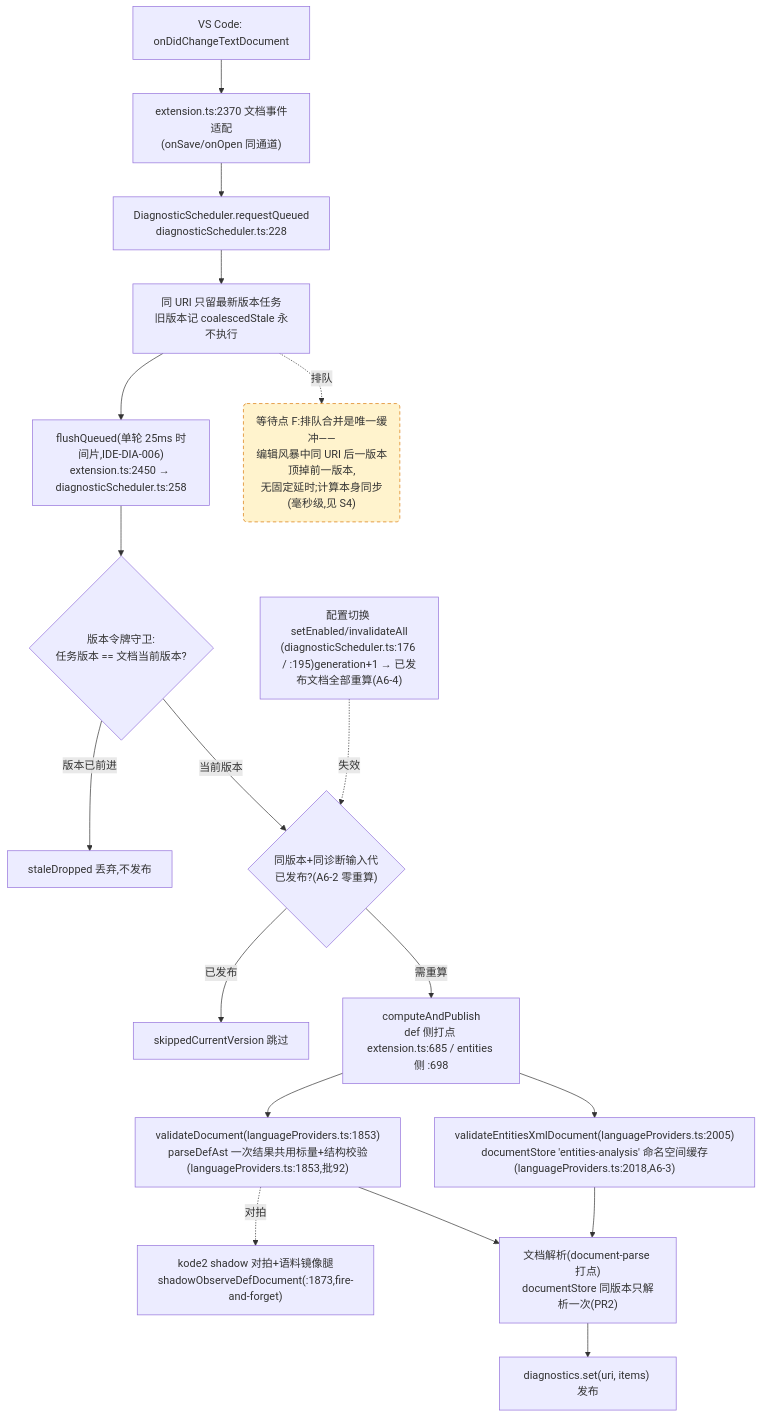
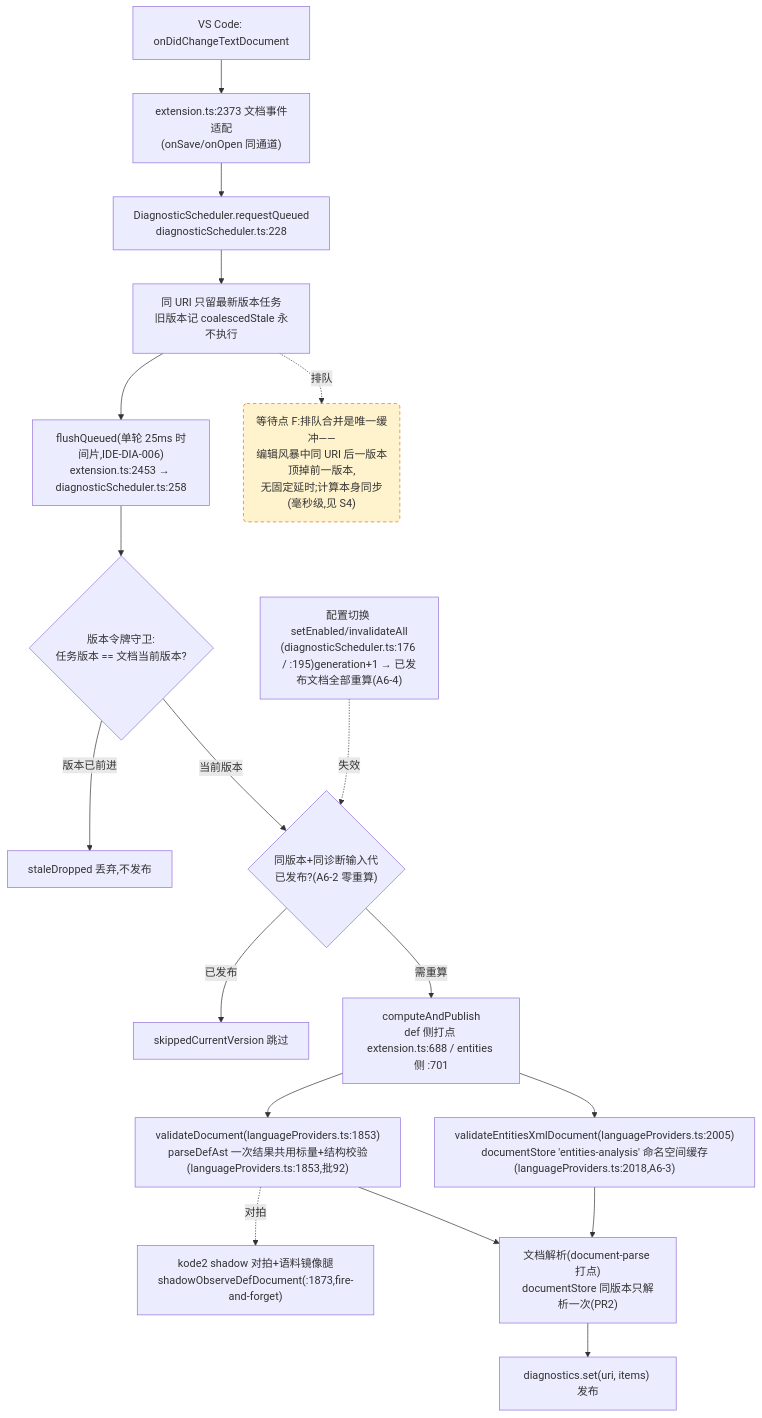
Before and after one commit to cuihairu/kode: the fourth of 4 diagrams in docs/perf/2026-baseline.md, drawn with Mermaid. The commit also changed other lines of this file and 6 other files, not shown here.

````diff
--- a/docs/perf/2026-baseline.md
+++ b/docs/perf/2026-baseline.md
@@ -214,38 +214,38 @@
 ```mermaid
 flowchart TD
   CHG["VS Code: onDidChangeTextDocument"]
-  WATCH["extension.ts:2370 文档事件适配<br/>(onSave/onOpen 同通道)"]
+  WATCH["extension.ts:2373 文档事件适配<br/>(onSave/onOpen 同通道)"]
   RQ["DiagnosticScheduler.requestQueued<br/>diagnosticScheduler.ts:228"]
   CO["同 URI 只留最新版本任务<br/>旧版本记 coalescedStale 永不执行"]
-  FL["flushQueued(单轮 25ms 时间片,IDE-DIA-006)<br/>extension.ts:2450 → diagnosticScheduler.ts:258"]
+  FL["flushQueued(单轮 25ms 时间片,IDE-DIA-006)<br/>extension.ts:2453 → diagnosticScheduler.ts:258"]
   VG{"版本令牌守卫:<br/>任务版本 == 文档当前版本?"}
   DROP["staleDropped 丢弃,不发布"]
   GEN{"同版本+同诊断输入代<br/>已发布?(A6-2 零重算)"}
   SKIP["skippedCurrentVersion 跳过"]
-  CALC["computeAndPublish<br/>def 侧打点 extension.ts:685 / entities 侧 :698"]
+  CALC["computeAndPublish<br/>def 侧打点 extension.ts:688 / entities 侧 :701"]
   VD["validateDocument(languageProviders.ts:1853)<br/>parseDefAst 一次结果共用标量+结构校验(languageProviders.ts:1853,批92)"]
   VEX["validateEntitiesXmlDocument(languageProviders.ts:2005)<br/>documentStore 'entities-analysis' 命名空间缓存(languageProviders.ts:2018,A6-3)"]
   SHDD["kode2 shadow 对拍+语料镜像腿<br/>shadowObserveDefDocument(:1873,fire-and-forget)"]
   DS["文档解析(document-parse 打点)<br/>documentStore 同版本只解析一次(PR2)"]
   PUB["diagnostics.set(uri, items) 发布"]
   CFG2["配置切换 setEnabled/invalidateAll<br/>(diagnosticScheduler.ts:176 / :195)generation+1 → 已发布文档全部重算(A6-4)"]
 
   CHG --> WATCH --> RQ --> CO --> FL --> VG
   VG -- "版本已前进" --> DROP
   VG -- "当前版本" --> GEN
   GEN -- "已发布" --> SKIP
   GEN -- "需重算" --> CALC
   CALC --> VD
   CALC --> VEX
   VD --> DS
   VEX --> DS
   DS --> PUB
   VD -.->|对拍| SHDD
   CFG2 -.->|失效| GEN
 
   WAITF("等待点 F:排队合并是唯一缓冲——<br/>编辑风暴中同 URI 后一版本顶掉前一版本,<br/>无固定延时;计算本身同步(毫秒级,见 S4)")
   CO -.->|排队| WAITF
 
   classDef waitPoint fill:#fff3cd,stroke:#d97706,stroke-dasharray:5 4;
   class WAITF waitPoint;
 ```
````
